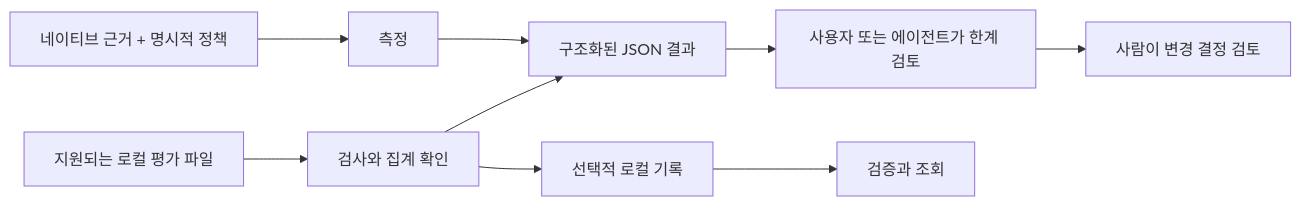
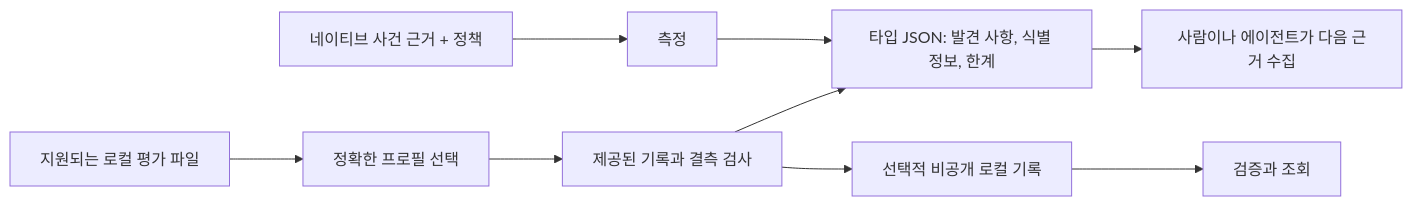
One commit to ntts9990/underwrite changed the diagram in README.ko.md. Above: the diagram before and after it, drawn with Mermaid. The commit also changed other lines of this file and 4 other files, not shown here.

````diff
--- a/README.ko.md
+++ b/README.ko.md
@@ -123,11 +130,11 @@
 ```mermaid
 flowchart LR
-    A[지원되는 로컬 평가 파일] --> B[검사와 집계 확인]
-    B --> C[구조화된 JSON 결과]
-    C --> D[사용자 또는 에이전트가 한계 검토]
-    D --> E[사람이 변경 결정 검토]
-    B --> F[선택적 로컬 기록]
+    A[지원되는 로컬 평가 파일] --> B[정확한 프로필 선택]
+    B --> C[제공된 기록과 결측 검사]
+    C --> D[타입 JSON: 발견 사항, 식별 정보, 한계]
+    D --> E[사람이나 에이전트가 다음 근거 수집]
+    C --> F[선택적 비공개 로컬 기록]
     F --> G[검증과 조회]
-    H[네이티브 근거 + 명시적 정책] --> I[측정]
-    I --> C
+    H[네이티브 사건 근거 + 정책] --> I[측정]
+    I --> D
 ```
````
